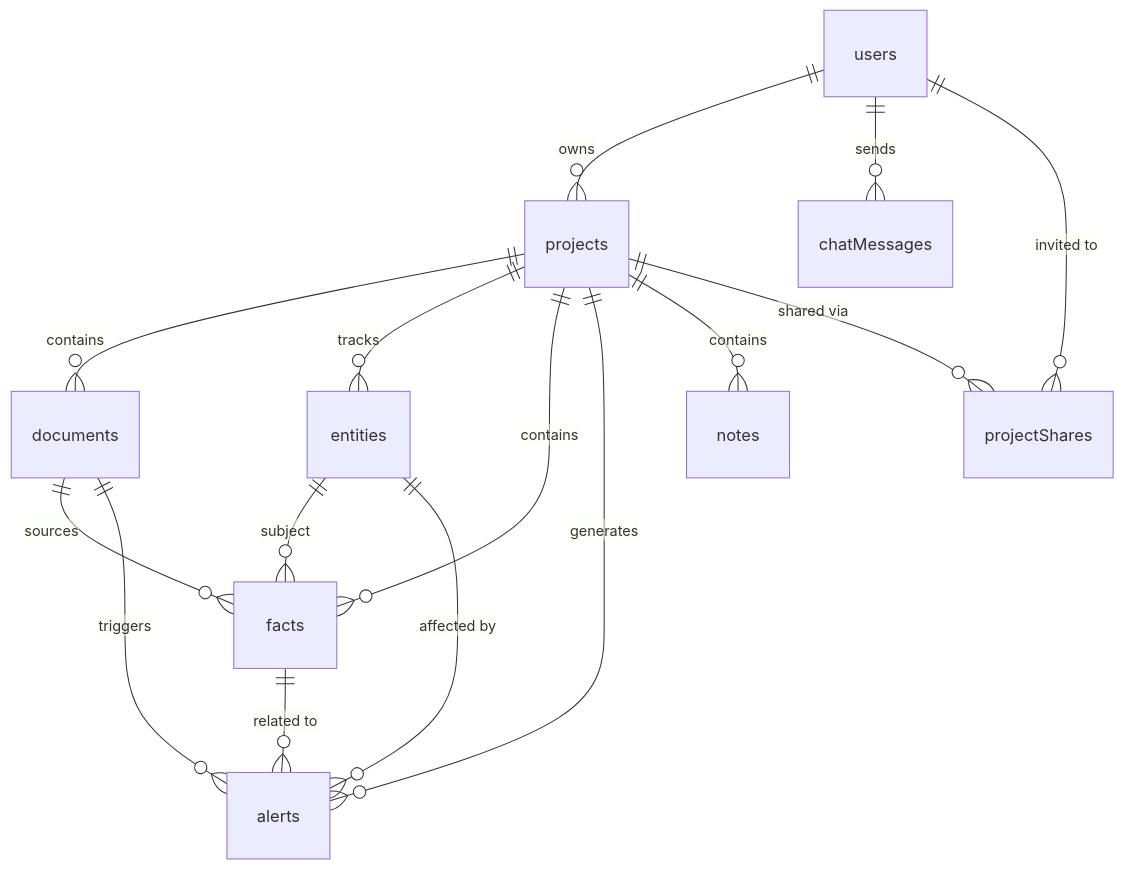
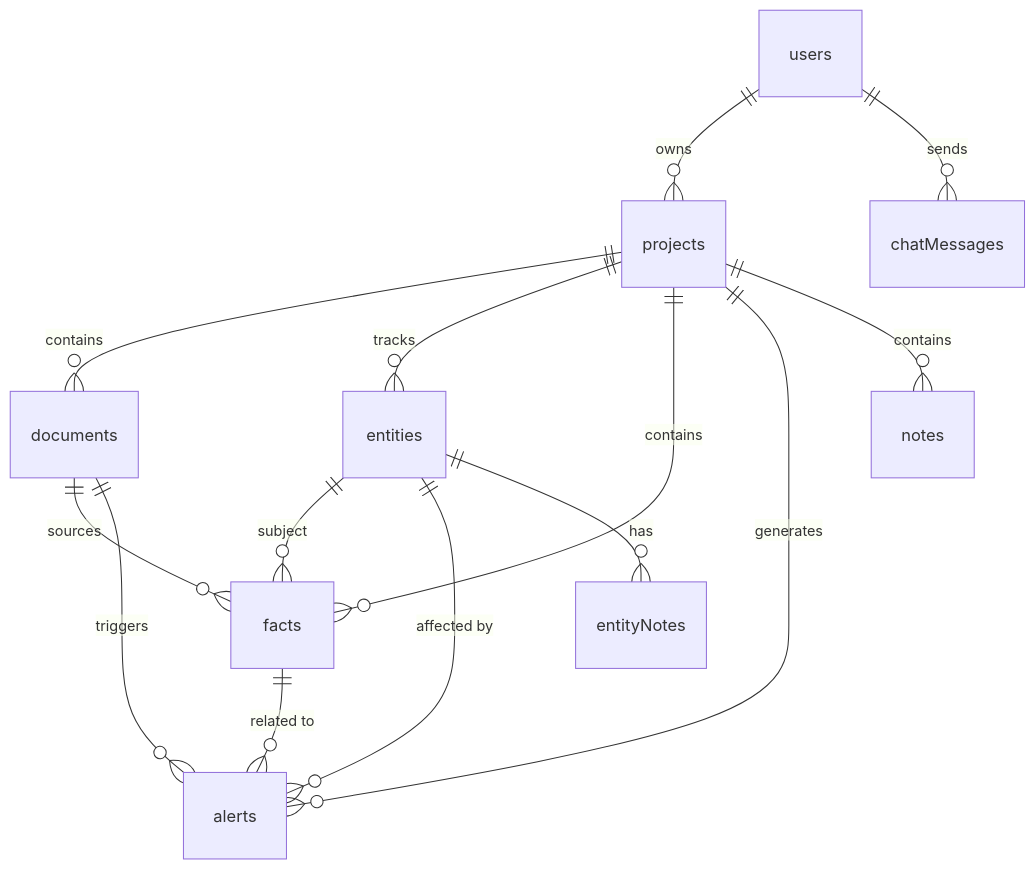
Before and after one commit to aileks/realm-sync: the diagram in docs/SCHEMA.md, drawn with Mermaid. The commit also changed other lines of this file and 4 other files, not shown here.

````diff
--- a/docs/SCHEMA.md
+++ b/docs/SCHEMA.md
@@ -24,17 +24,16 @@
 ```mermaid
 erDiagram
     users ||--o{ projects : owns
     users ||--o{ chatMessages : sends
-    users ||--o{ projectShares : "invited to"
     projects ||--o{ documents : contains
     projects ||--o{ entities : tracks
     projects ||--o{ facts : contains
     projects ||--o{ alerts : generates
     projects ||--o{ notes : contains
-    projects ||--o{ projectShares : "shared via"
     documents ||--o{ facts : sources
     documents ||--o{ alerts : triggers
     entities ||--o{ facts : subject
     entities ||--o{ alerts : "affected by"
+    entities ||--o{ entityNotes : has
     facts ||--o{ alerts : "related to"
 ```
````
